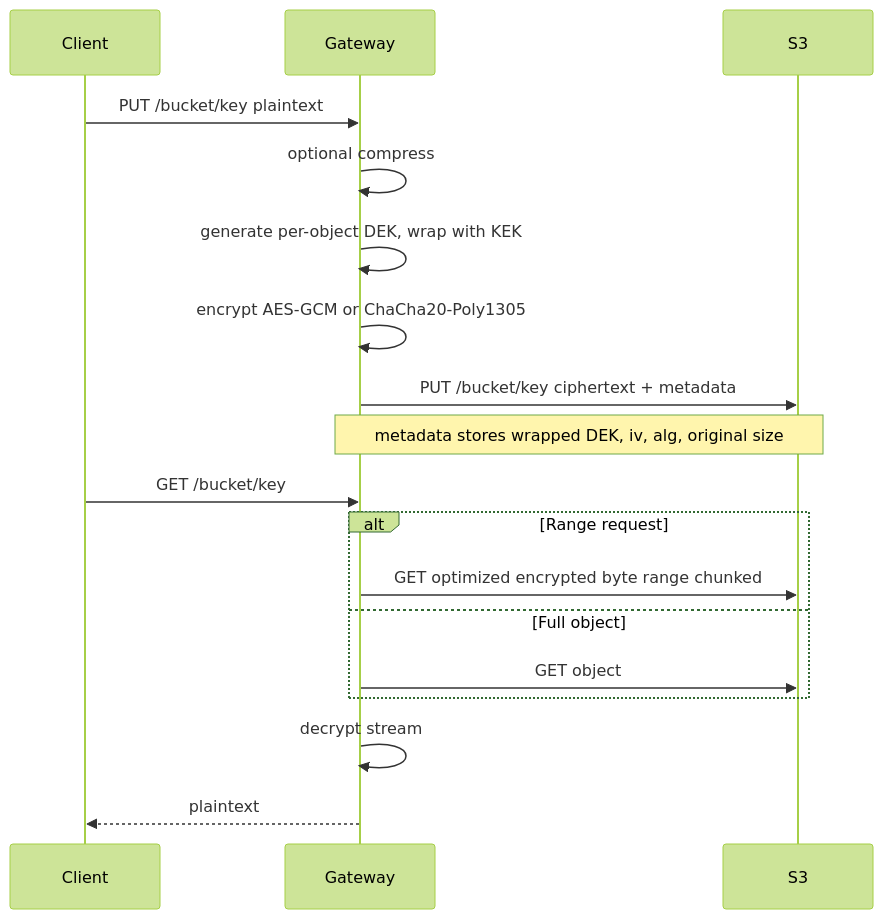
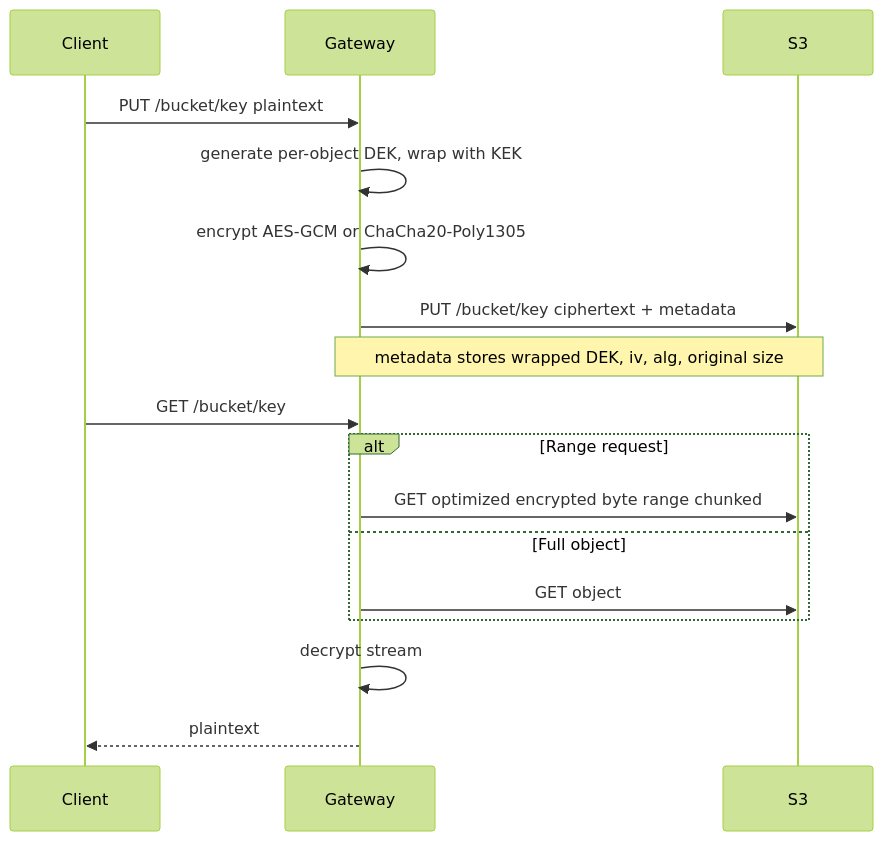
Before and after one commit to cloud37/s3-encryption-gateway: the second of 2 diagrams in README.md, drawn with Mermaid (forest theme). The commit also changed other lines of this file and 11 other files, not shown here.

First line of the commit message:
docs(maintenance): update docs and Helm chart for compression removal (V1.0-MAINT-2)

````diff
--- a/README.md
+++ b/README.md
@@ -813,20 +805,19 @@
 ```mermaid
 sequenceDiagram
   participant Client
   participant Gateway
   participant S3
   Client->>Gateway: PUT /bucket/key plaintext
-  Gateway->>Gateway: optional compress
   Gateway->>Gateway: generate per-object DEK, wrap with KEK
   Gateway->>Gateway: encrypt AES-GCM or ChaCha20-Poly1305
   Gateway->>S3: PUT /bucket/key ciphertext + metadata
   Note over Gateway,S3: metadata stores wrapped DEK, iv, alg, original size
   Client->>Gateway: GET /bucket/key
   alt Range request
     Gateway->>S3: GET optimized encrypted byte range chunked
   else Full object
     Gateway->>S3: GET object
   end
   Gateway->>Gateway: decrypt stream
   Gateway-->>Client: plaintext
 ```
````
